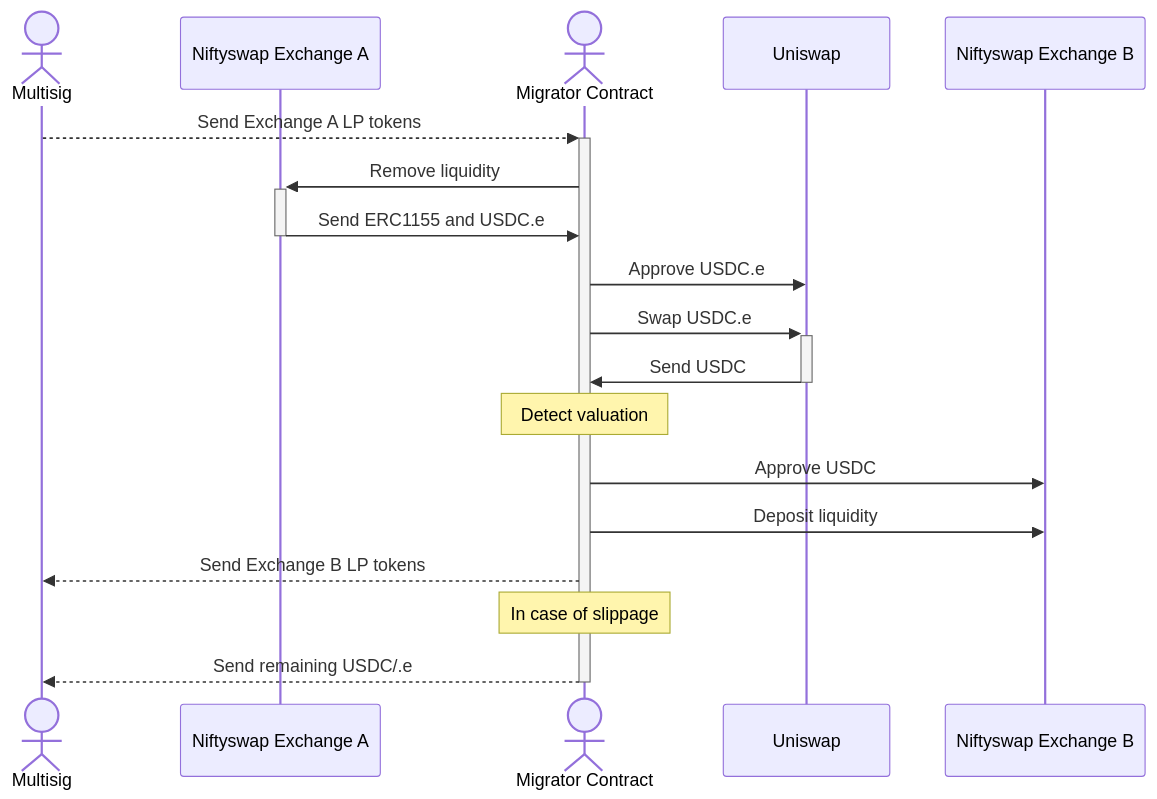
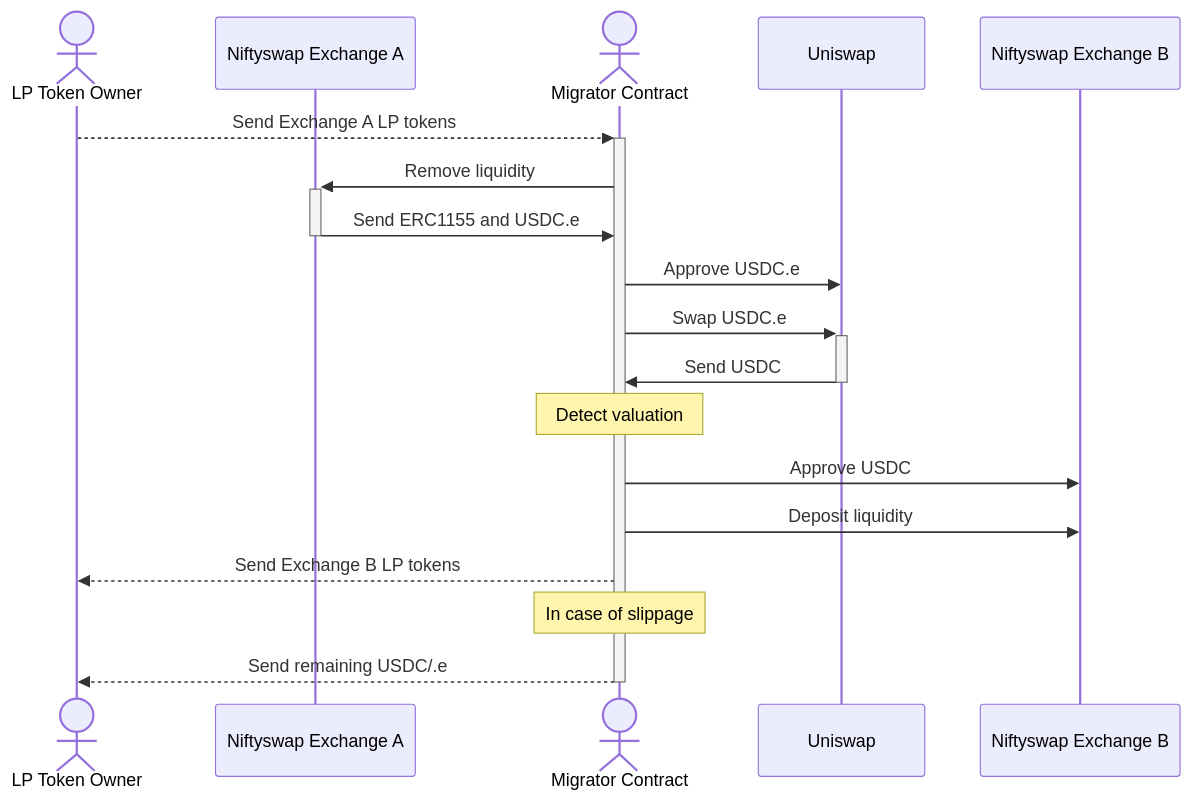
The diagram in README.md (0xsequence/niftyswap-liquidity-migrator), drawn with Mermaid before and after one commit. The commit also changed other lines of this file and 1 other file, not shown here.

````diff
--- a/README.md
+++ b/README.md
@@ -11,22 +11,22 @@
 ```mermaid
 sequenceDiagram
 
-actor M as Multisig
+actor M as LP Token Owner
 participant A as Niftyswap Exchange A
 actor I as Migrator Contract
 participant U as Uniswap
 participant B as Niftyswap Exchange B
 
 M-->>+I: Send Exchange A LP tokens
 I->>+A: Remove liquidity
 A->>-I: Send ERC1155 and USDC.e
 I->>U: Approve USDC.e
 I->>+U: Swap USDC.e
 U->>-I: Send USDC
 note over I: Detect valuation
 I->>B: Approve USDC
 I->>B: Deposit liquidity
 I-->>M: Send Exchange B LP tokens
 note over I: In case of slippage
 I-->>-M: Send remaining USDC/.e
 ```
````
